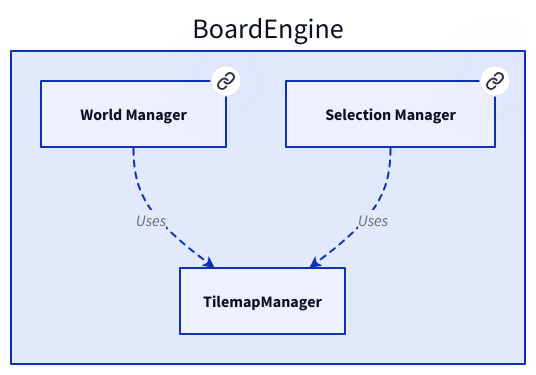
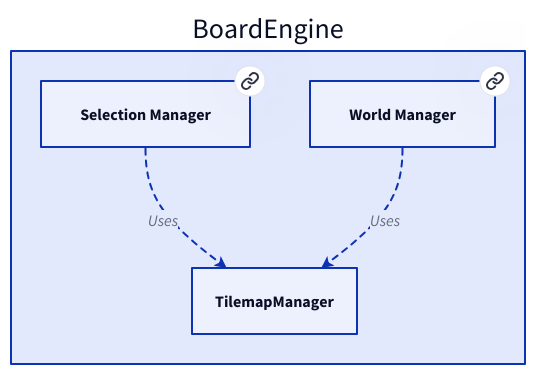
Before and after one commit to Portevent/Brume-Documentation: the diagram in doc/BoardEngine/TilemapManager.md, drawn with D2. The commit also changed other lines of this file and 90 other files, not shown here.

````diff
--- a/doc/BoardEngine/TilemapManager.md
+++ b/doc/BoardEngine/TilemapManager.md
@@ -10,22 +10,22 @@
 ```d2
 # Nodes :
 BoardEngine: {
+    SelectionManager: Selection Manager {
+       link: SelectionManager
+    }
     WorldManager: World Manager {
        link: WorldManager
-    }
-    SelectionManager: Selection Manager {
-       link: SelectionManager
     }
 }
 
 # Links :
-BoardEngine.WorldManager -> BoardEngine.TilemapManager: Uses {style.stroke-dash: 3
+BoardEngine.SelectionManager -> BoardEngine.TilemapManager: Uses {style.stroke-dash: 3
 source-arrowhead: {}
 target-arrowhead: {shape: arrow}
 }
-BoardEngine.SelectionManager -> BoardEngine.TilemapManager: Uses {style.stroke-dash: 3
+BoardEngine.WorldManager -> BoardEngine.TilemapManager: Uses {style.stroke-dash: 3
 source-arrowhead: {}
 target-arrowhead: {shape: arrow}
 }
 
 ```
````
